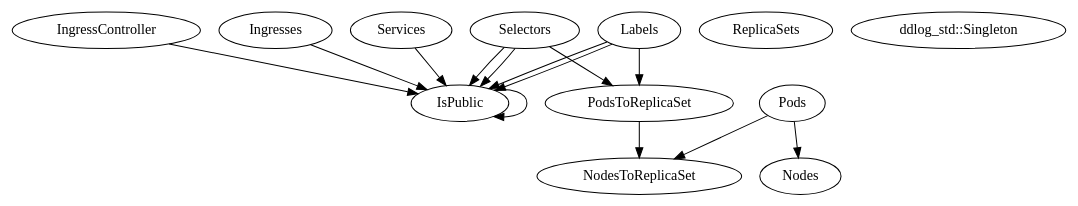
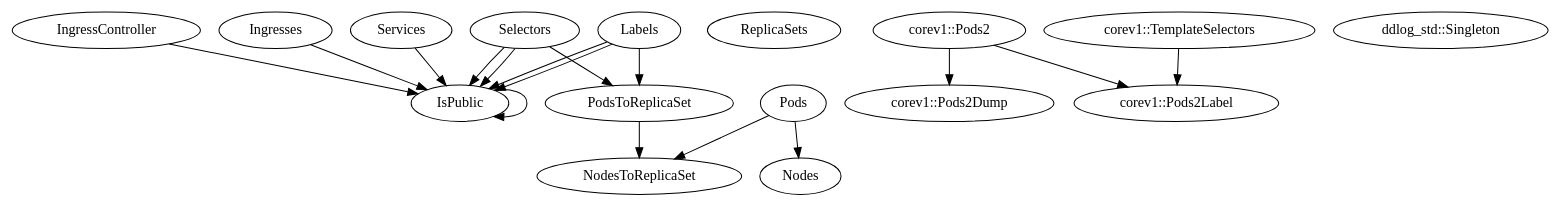
One commit to ajwdev/pallograph changed the diagram in pallograph_ddlog/pallograph.dot. Above: the diagram before and after it, drawn with Graphviz. The commit also changed 18 other files, not shown here.

```diff
--- a/pallograph_ddlog/pallograph.dot
+++ b/pallograph_ddlog/pallograph.dot
@@ -1,27 +1,34 @@
 digraph {
     0 [label=IngressController];
     1 [label=Ingresses];
     2 [label=IsPublic];
     3 [label=Labels];
     4 [label=Nodes];
     5 [label=NodesToReplicaSet];
     6 [label=Pods];
     7 [label=PodsToReplicaSet];
     8 [label=ReplicaSets];
     9 [label=Selectors];
     10 [label=Services];
-    11 [label="ddlog_std::Singleton"];
+    11 [label="corev1::Pods2"];
+    12 [label="corev1::Pods2Dump"];
+    13 [label="corev1::Pods2Label"];
+    14 [label="corev1::TemplateSelectors"];
+    15 [label="ddlog_std::Singleton"];
     0 -> 2;
     1 -> 2;
     2 -> 2;
     3 -> 2;
     3 -> 2;
     3 -> 7;
     6 -> 4;
     6 -> 5;
     7 -> 5;
     9 -> 2;
     9 -> 2;
     9 -> 7;
     10 -> 2;
+    11 -> 12;
+    11 -> 13;
+    14 -> 13;
 }
```
